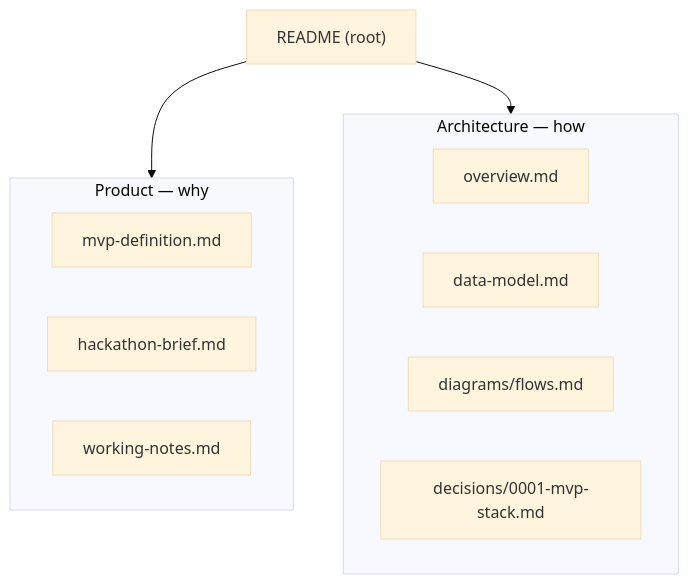
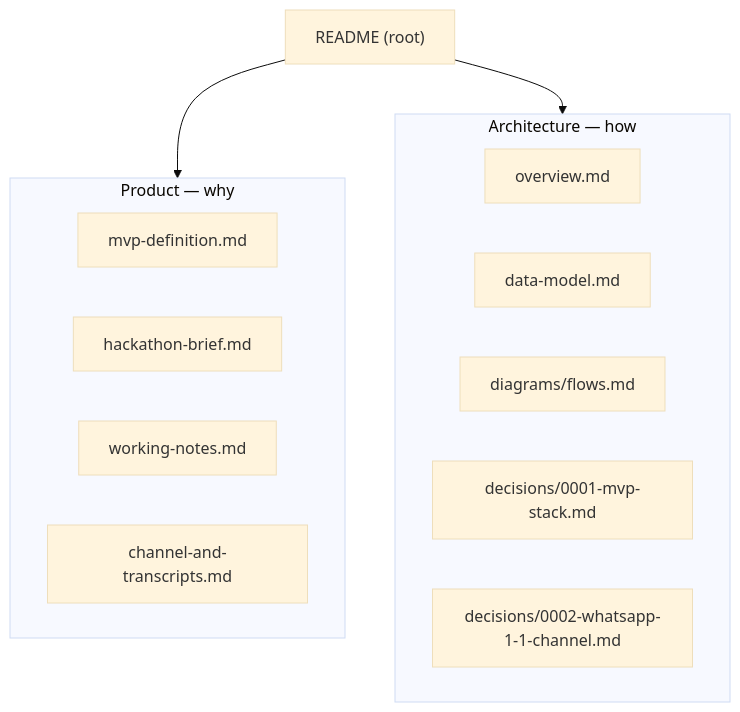
The diagram in docs/README.md (Santiagocetran/halketon-auto-mode-on), drawn with Mermaid (base theme) before and after one commit. The commit also changed other lines of this file and 9 other files, not shown here.

First line of the commit message:
docs: update README and documentation for WhatsApp 1:1 channel and meeting transcripts

````diff
--- a/docs/README.md
+++ b/docs/README.md
@@ -11,16 +11,18 @@
 ```mermaid
 flowchart TD
   R["README (root)"] --> P
   R --> A
   subgraph P[Product — why]
     P1["mvp-definition.md"]
     P2["hackathon-brief.md"]
     P3["working-notes.md"]
+    P4["channel-and-transcripts.md"]
   end
   subgraph A[Architecture — how]
     A1["overview.md"]
     A2["data-model.md"]
     A3["diagrams/flows.md"]
     A4["decisions/0001-mvp-stack.md"]
+    A5["decisions/0002-whatsapp-1-1-channel.md"]
   end
 ```
````
